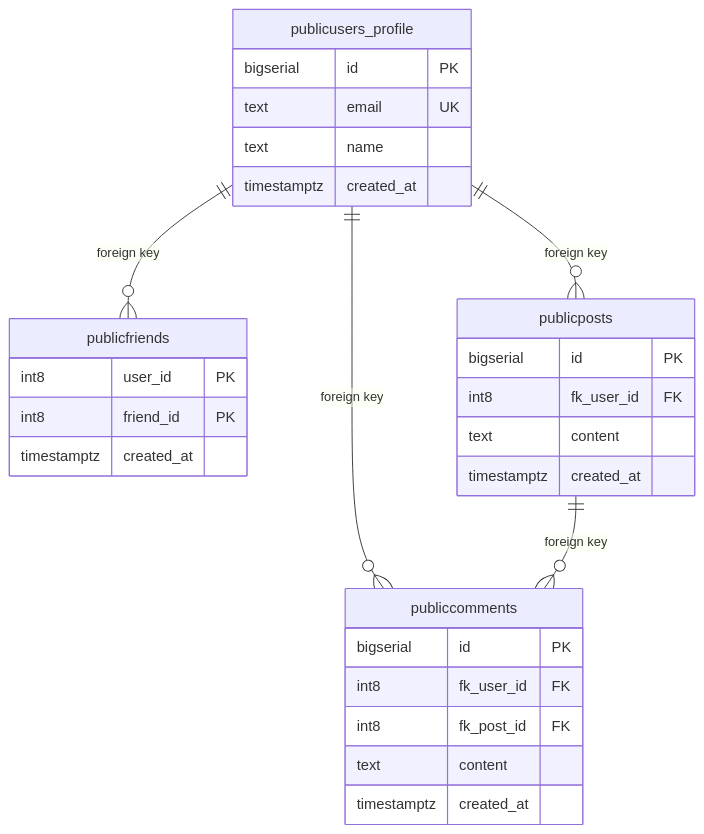
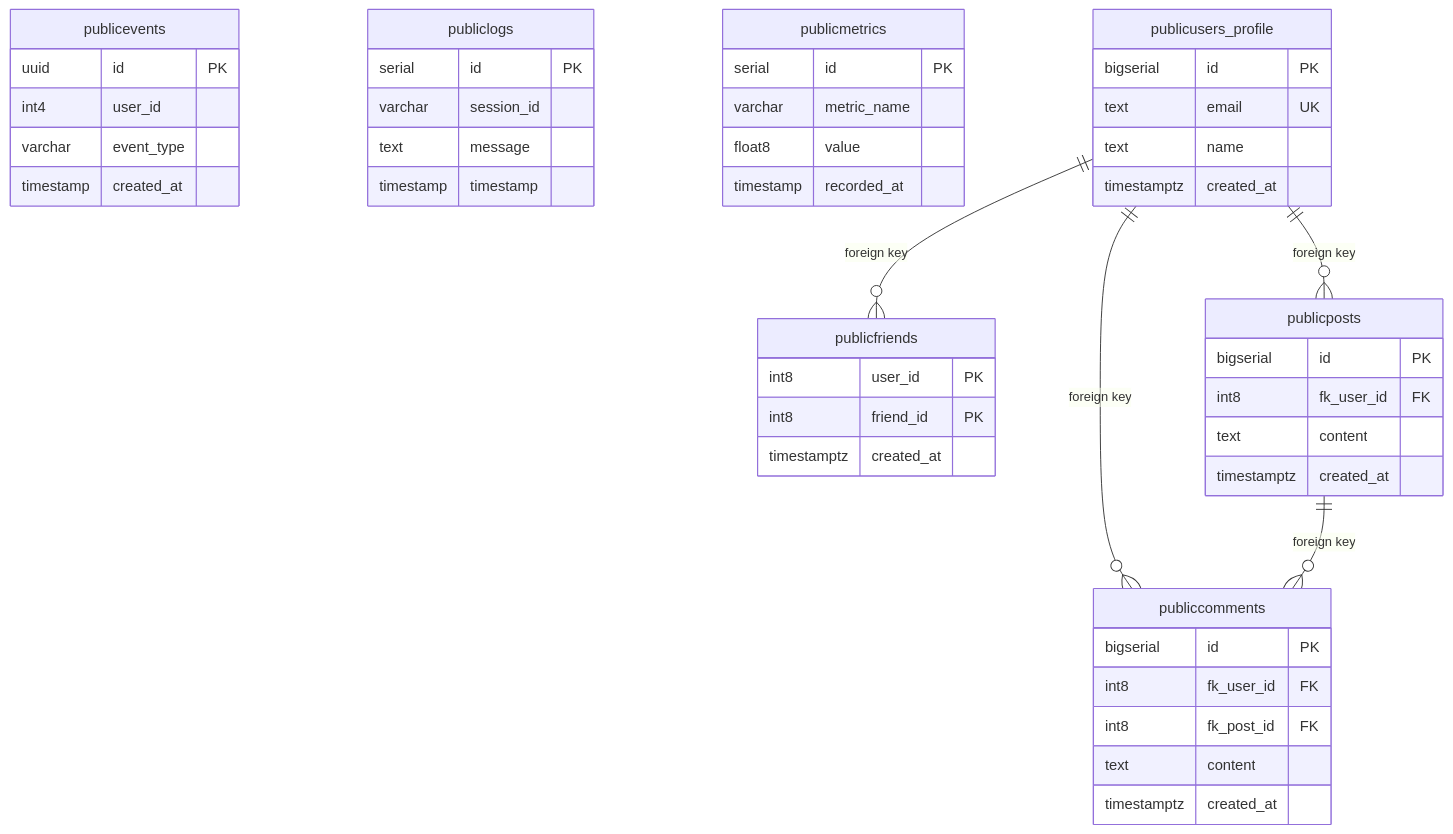
One commit to luiscanaveral/database-as-crime-scene changed the diagram in notebooks/autogenerated/sc.mmd. Above: the diagram before and after it, drawn with Mermaid. The commit also changed 19 other files, not shown here.

```diff
--- a/notebooks/autogenerated/sc.mmd
+++ b/notebooks/autogenerated/sc.mmd
@@ -1,34 +1,55 @@
 erDiagram
+
+  publicevents {
+    uuid id PK
+    int4 user_id
+    varchar event_type
+    timestamp created_at
+  }
+
+  publiclogs {
+    serial id PK
+    varchar session_id
+    text message
+    timestamp timestamp
+  }
+
+  publicmetrics {
+    serial id PK
+    varchar metric_name
+    float8 value
+    timestamp recorded_at
+  }
 
   publicusers_profile {
     bigserial id PK
     text email UK
     text name
     timestamptz created_at
   }
 
   publicfriends {
     int8 user_id PK
     int8 friend_id PK
     timestamptz created_at
   }
 
   publicposts {
     bigserial id PK
     int8 fk_user_id FK
     text content
     timestamptz created_at
   }
 
   publiccomments {
     bigserial id PK
     int8 fk_user_id FK
     int8 fk_post_id FK
     text content
     timestamptz created_at
   }
 
   publicusers_profile ||--o{ publiccomments : "foreign key"
   publicusers_profile ||--o{ publicfriends : "foreign key"
   publicusers_profile ||--o{ publicposts : "foreign key"
   publicposts ||--o{ publiccomments : "foreign key"
```
